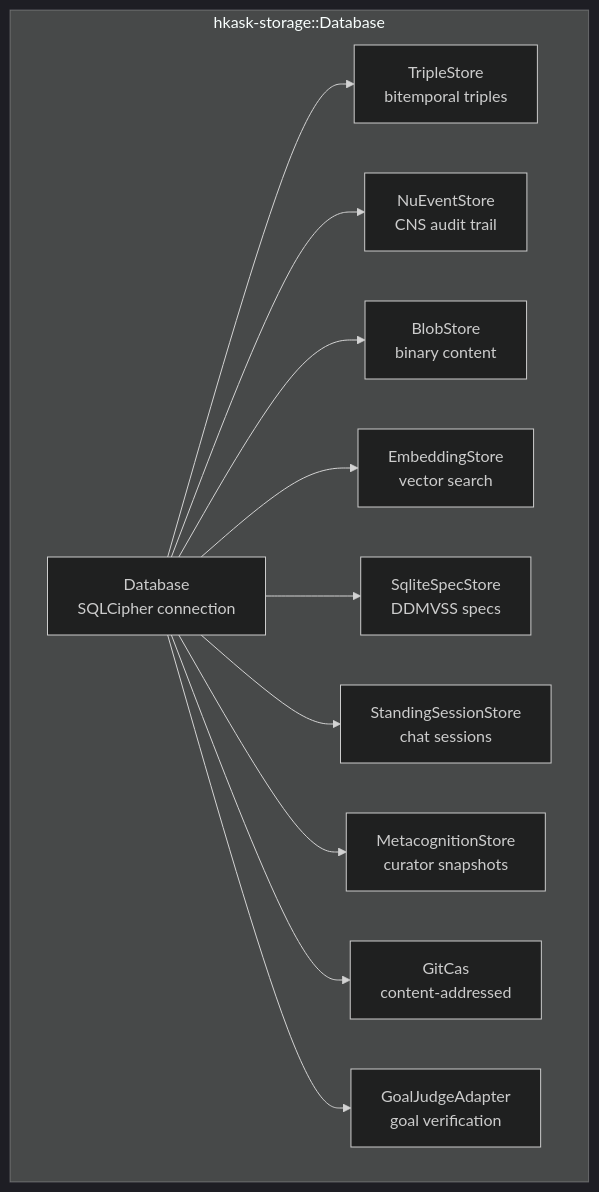
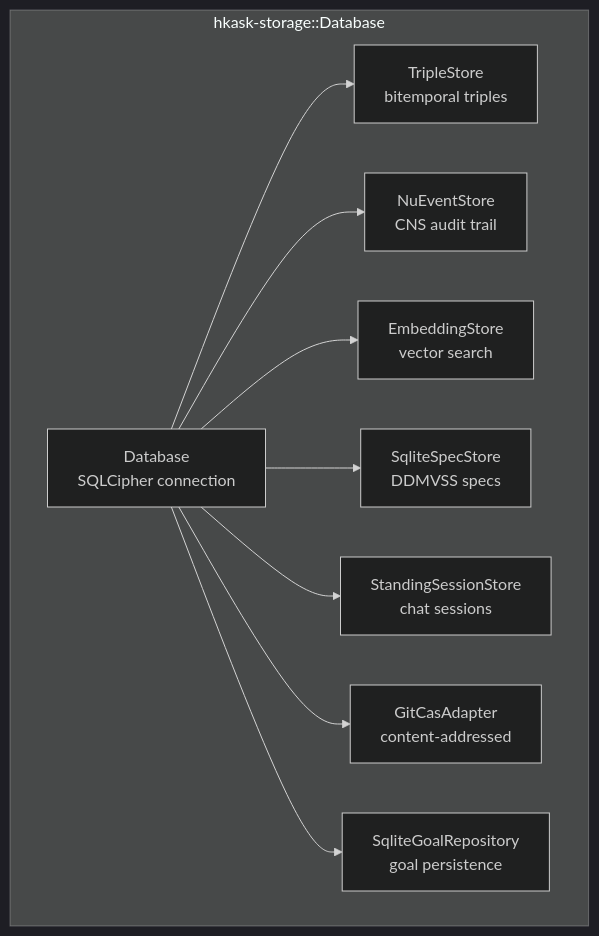
One commit to mdz-axo/hKask changed the first of 3 diagrams in docs/architecture/persistence-and-lifecycle.md. Above: the diagram before and after it, drawn with Mermaid (dark theme). The commit also changed other lines of this file and 19 other files, not shown here.

````diff
--- a/docs/architecture/persistence-and-lifecycle.md
+++ b/docs/architecture/persistence-and-lifecycle.md
@@ -37,25 +37,21 @@
 ```mermaid
 graph TD
     subgraph Database["hkask-storage::Database"]
         DB["Database<br/>SQLCipher connection"]
         TRIPLES["TripleStore<br/>bitemporal triples"]
         EVENTS["NuEventStore<br/>CNS audit trail"]
-        BLOBS["BlobStore<br/>binary content"]
         EMBEDS["EmbeddingStore<br/>vector search"]
         SPECS["SqliteSpecStore<br/>DDMVSS specs"]
         SESSIONS["StandingSessionStore<br/>chat sessions"]
-        META["MetacognitionStore<br/>curator snapshots"]
-        GITCAS["GitCas<br/>content-addressed"]
-        GOAL["GoalJudgeAdapter<br/>goal verification"]
+        GITCAS["GitCasAdapter<br/>content-addressed"]
+        GOAL["SqliteGoalRepository<br/>goal persistence"]
     end
 
     DB --> TRIPLES
     DB --> EVENTS
-    DB --> BLOBS
     DB --> EMBEDS
     DB --> SPECS
     DB --> SESSIONS
-    DB --> META
     DB --> GITCAS
     DB --> GOAL
 ```
````
